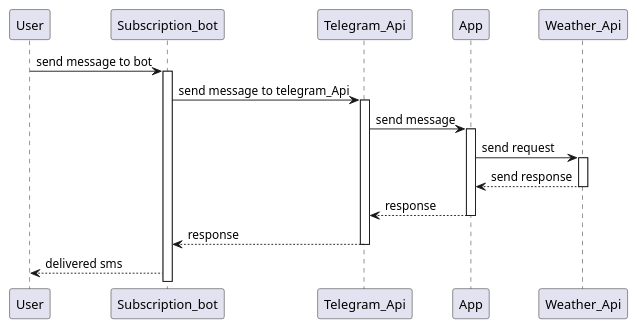
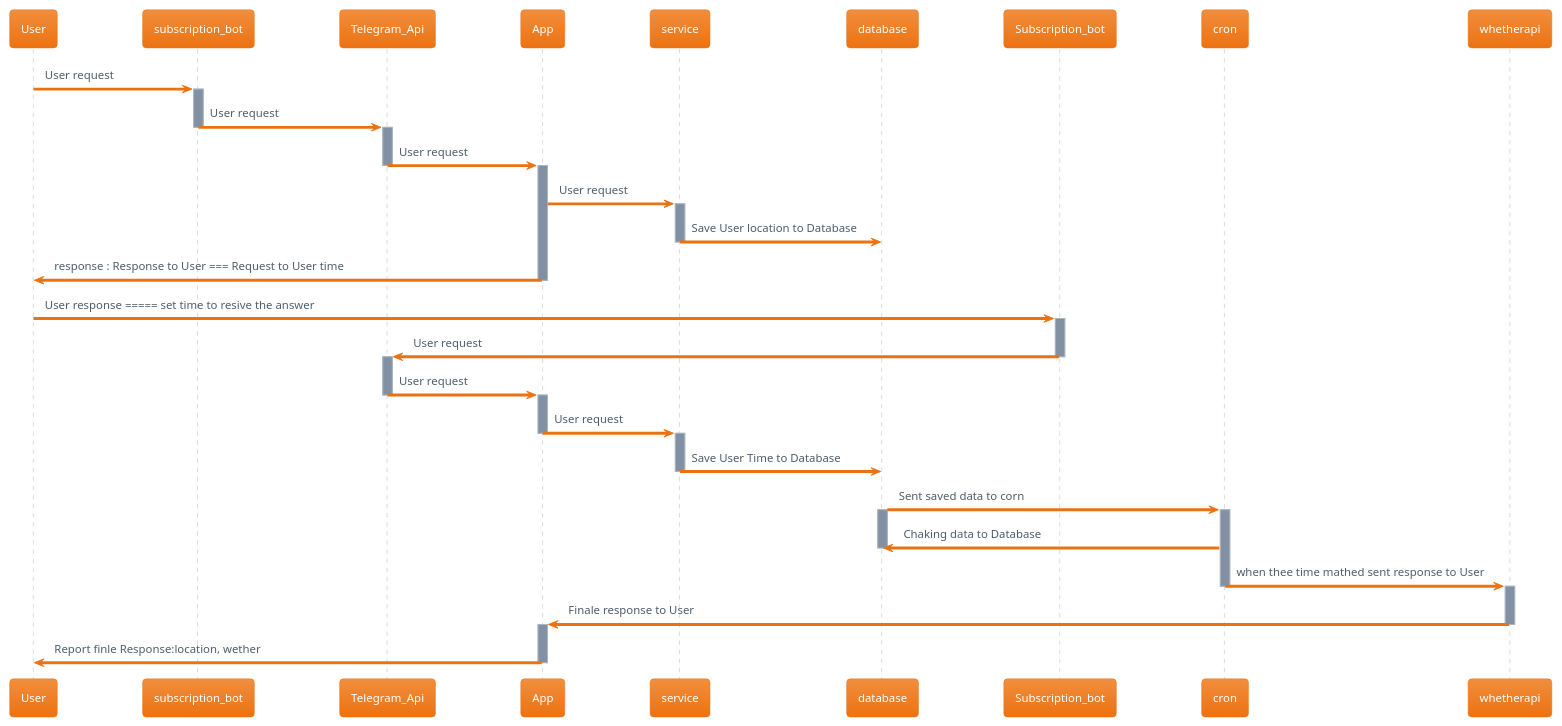
One commit to georgearveladze/ChatBot-WeatherBot changed the diagram in DESIGN.md. Above: the diagram before and after it, drawn with PlantUML. The commit also changed 2 other files, not shown here.

```diff
--- a/DESIGN.md
+++ b/DESIGN.md
@@ -1,19 +1,51 @@
 @startuml
-User -> Subscription_bot : send message to bot
+!theme aws-orange
+User -> subscription_bot : User request
+activate subscription_bot
+subscription_bot -> Telegram_Api : User request
+deactivate
+activate Telegram_Api
+deactivate
+Telegram_Api -> App : User request
+deactivate Telegram_Api
+activate App
+App -> service :User request
+activate service
+service -> database :Save User location to Database
+deactivate
+
+App-> User : response : Response to User === Request to User time
+deactivate App
+
+User-> Subscription_bot : User response ===== set time to resive the answer
 activate Subscription_bot
-Subscription_bot -> Telegram_Api : send message to telegram_Api
+Subscription_bot -> Telegram_Api : User request
+deactivate Subscription_bot
 activate Telegram_Api
-Telegram_Api -> App : send message
+Telegram_Api -> App : User request
+deactivate Telegram_Api
 activate App
-App -> Weather_Api : send request
-activate Weather_Api
 
-Weather_Api --> App :send response 
-deactivate Weather_Api
-App --> Telegram_Api : response
-deactivate App
-Telegram_Api --> Subscription_bot:response 
-deactivate Telegram_Api
-Subscription_bot --> User : delivered sms 
-deactivate User
+App -> service :User request
+deactivate
+activate service
+
+service -> database : Save User Time to Database
+deactivate
+
+database-> cron : Sent saved data to corn
+activate database
+activate cron
+
+cron -> database: Chaking data to Database
+deactivate database
+
+cron -> whetherapi: when thee time mathed sent response to User
+deactivate cron
+activate whetherapi
+whetherapi -> App : Finale response to User
+deactivate
+activate App
+App -> User : Report finle Response:location, wether
+deactivate
 @enduml
```
